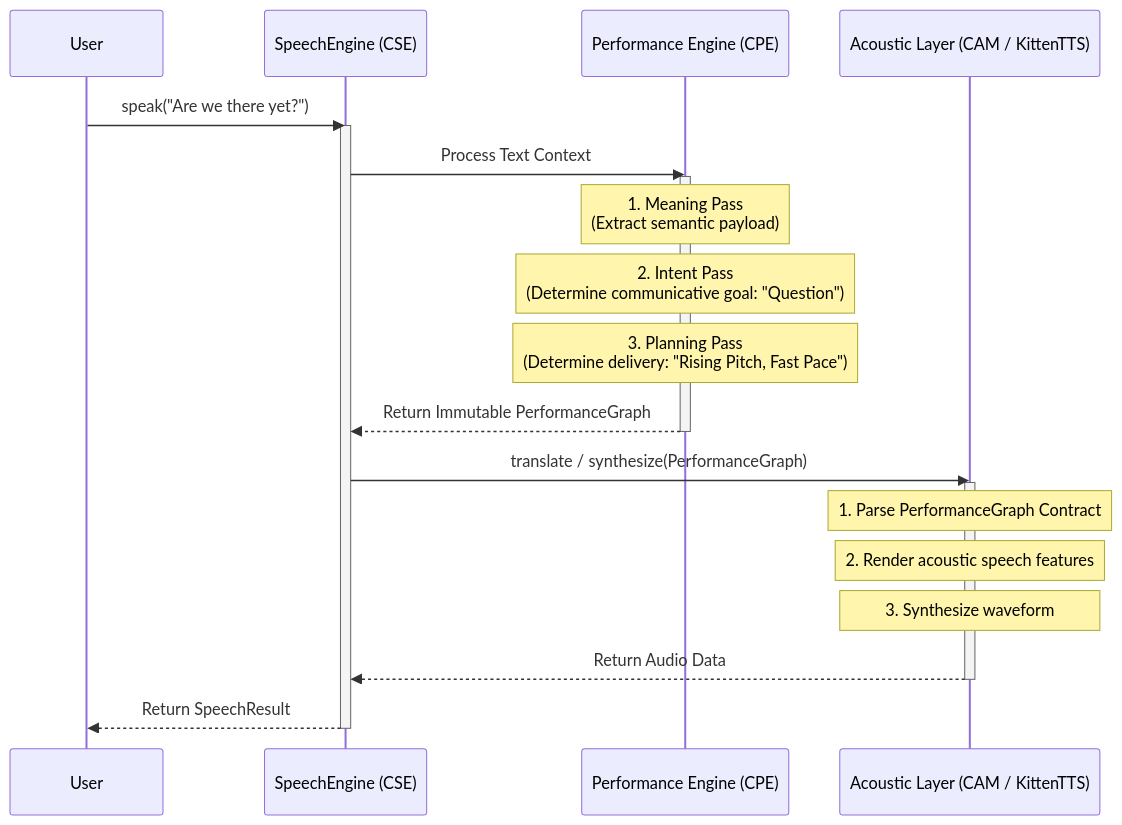
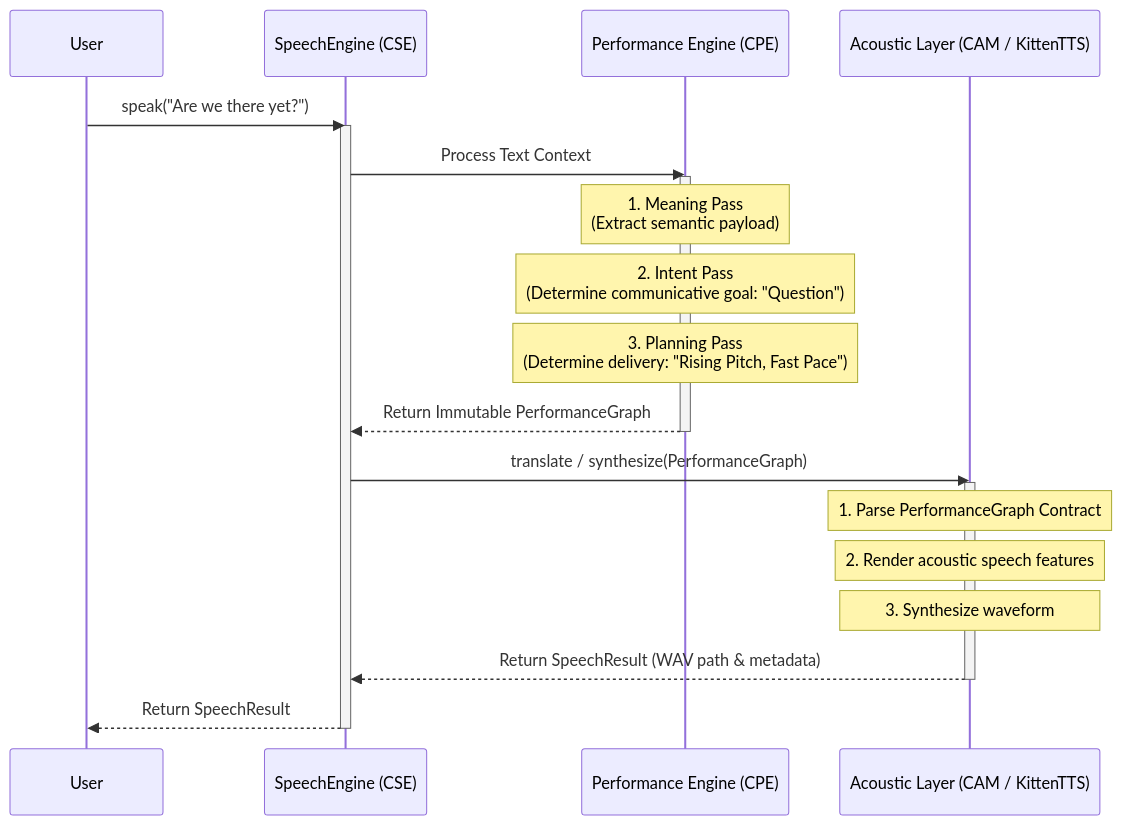
Before and after one commit to Yukariii04/Claire-Speech-Engine: the second of 2 diagrams in docs/Architecture/ARCHITECTURE.md, drawn with Mermaid. The commit also changed other lines of this file and 23 other files, not shown here.

````diff
--- a/docs/Architecture/ARCHITECTURE.md
+++ b/docs/Architecture/ARCHITECTURE.md
@@ -60,33 +60,33 @@
 ```mermaid
 sequenceDiagram
     participant User
     participant CSE as SpeechEngine (CSE)
     participant CPE as Performance Engine (CPE)
     participant CAM as Acoustic Layer (CAM / KittenTTS)
 
     User->>CSE: speak("Are we there yet?")
     activate CSE
     
     CSE->>CPE: Process Text Context
     activate CPE
     
     Note over CPE: 1. Meaning Pass<br/>(Extract semantic payload)
     Note over CPE: 2. Intent Pass<br/>(Determine communicative goal: "Question")
     Note over CPE: 3. Planning Pass<br/>(Determine delivery: "Rising Pitch, Fast Pace")
     
     CPE-->>CSE: Return Immutable PerformanceGraph
     deactivate CPE
     
     CSE->>CAM: translate / synthesize(PerformanceGraph)
     activate CAM
     
     Note over CAM: 1. Parse PerformanceGraph Contract
     Note over CAM: 2. Render acoustic speech features
     Note over CAM: 3. Synthesize waveform
     
-    CAM-->>CSE: Return Audio Data
+    CAM-->>CSE: Return SpeechResult (WAV path & metadata)
     deactivate CAM
     
     CSE-->>User: Return SpeechResult
     deactivate CSE
 ```
````
